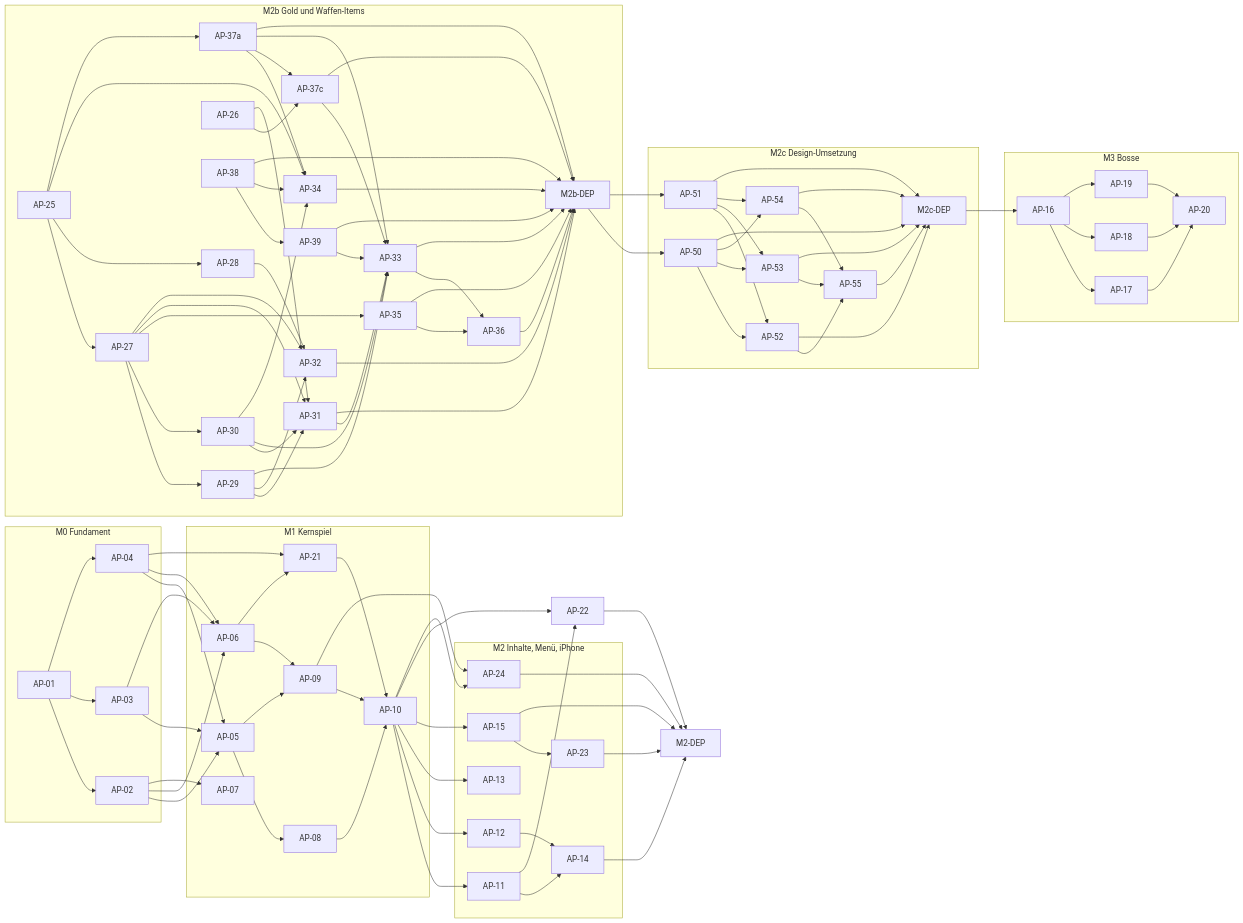
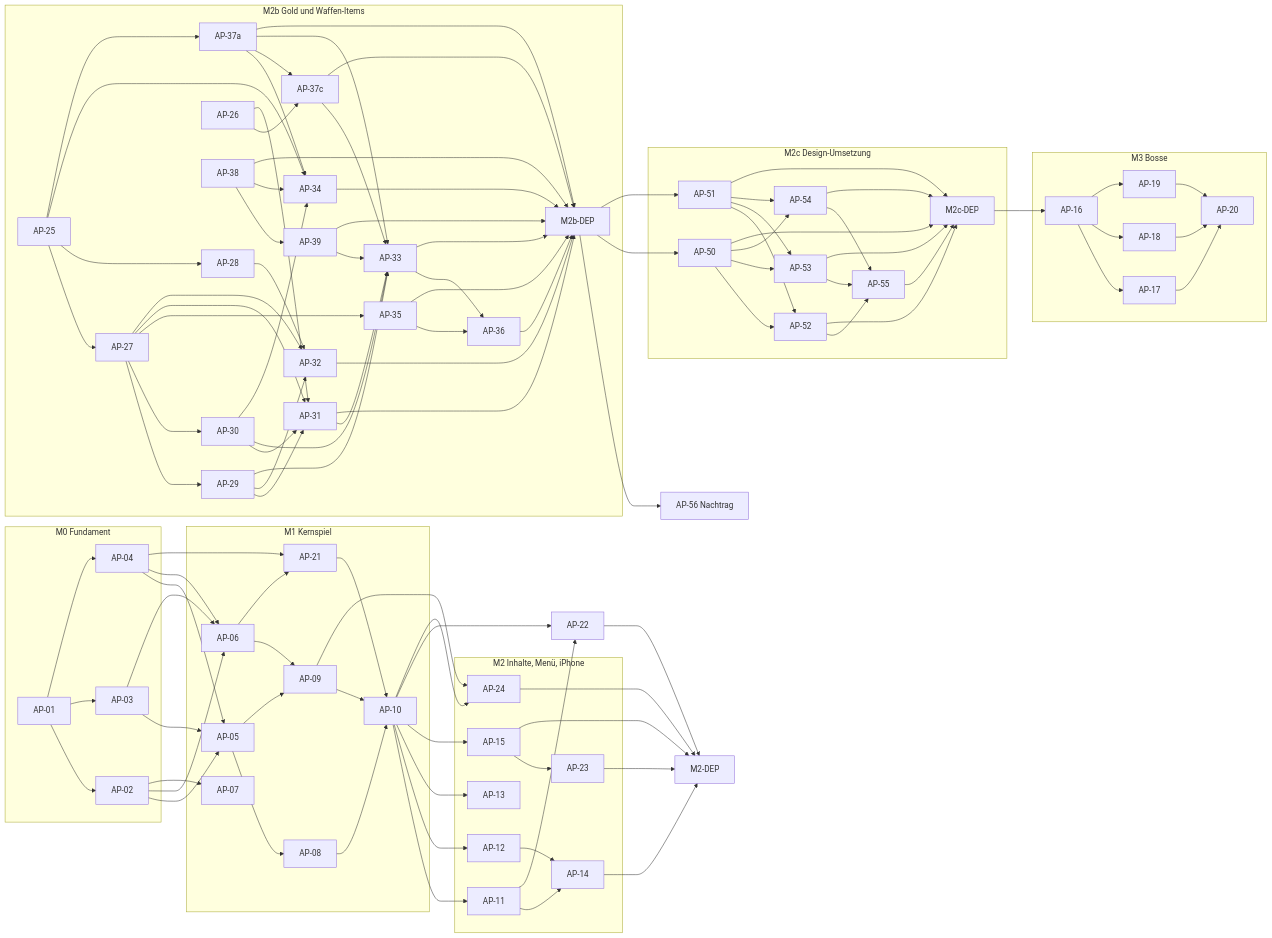
Before and after one commit to CemDCoding/360shooter: the third of 3 diagrams in docs/masterBuildPlan.md, drawn with Mermaid. The commit also changed other lines of this file, not shown here.

````diff
--- a/docs/masterBuildPlan.md
+++ b/docs/masterBuildPlan.md
@@ -763,55 +769,55 @@
 ```mermaid
 flowchart LR
   subgraph M0["M0 Fundament"]
     AP01["AP-01"] --> AP02["AP-02"] & AP03["AP-03"] & AP04["AP-04"]
   end
   subgraph M1["M1 Kernspiel"]
     AP05["AP-05"] --> AP08["AP-08"] & AP09["AP-09"]
     AP06["AP-06"] --> AP09
     AP08 & AP09 & AP21 --> AP10["AP-10"]
     AP07["AP-07"]
     AP21["AP-21"]
   end
   subgraph M2["M2 Inhalte, Menü, iPhone"]
     AP11["AP-11"] --> AP14["AP-14"]
     AP12["AP-12"] --> AP14
     AP13["AP-13"]
     AP15["AP-15"] --> AP23["AP-23"]
     AP24["AP-24"]
   end
   subgraph M2b["M2b Gold und Waffen-Items"]
     AP25["AP-25"] --> AP27["AP-27"] & AP28["AP-28"] & AP34["AP-34"] & AP37a["AP-37a"]
     AP26["AP-26"] --> AP37c["AP-37c"]
     AP38["AP-38"] --> AP39["AP-39"] & AP34["AP-34"]
     AP39 --> AP33["AP-33"]
     AP37a["AP-37a"] --> AP34 & AP37c & AP33
     AP37c --> AP33
     AP27 --> AP29["AP-29"] & AP30["AP-30"] & AP35["AP-35"] & AP31["AP-31"] & AP32["AP-32"]
     AP28 --> AP32
     AP29 --> AP31 & AP32 & AP33["AP-33"]
     AP30 --> AP31 & AP33 & AP34
     AP26 --> AP31
     AP31 --> AP33
     AP33 & AP35 --> AP36["AP-36"]
     AP31 & AP32 & AP33 & AP34 & AP35 & AP36 & AP37a & AP37c & AP38 & AP39 --> M2bDEP["M2b-DEP"]
   end
   subgraph M2c["M2c Design-Umsetzung"]
     AP50["AP-50"] --> AP52["AP-52"] & AP53["AP-53"] & AP54["AP-54"]
     AP51["AP-51"] --> AP52 & AP53 & AP54
     AP52 & AP53 & AP54 --> AP55["AP-55"]
     AP50 & AP51 & AP52 & AP53 & AP54 & AP55 --> M2cDEP["M2c-DEP"]
   end
   subgraph M3["M3 Bosse"]
     AP16["AP-16"] --> AP17["AP-17"] & AP18["AP-18"] & AP19["AP-19"]
     AP17 & AP18 & AP19 --> AP20["AP-20"]
   end
   AP02 & AP03 & AP04 --> AP05 & AP06
   AP02 --> AP07
   AP04 & AP06 --> AP21
   AP10 --> AP11 & AP12 & AP13 & AP15
-  M2bDEP --> AP50 & AP51
+  M2bDEP --> AP56["AP-56 Nachtrag"] & AP50 & AP51
   M2cDEP --> AP16
   AP10 & AP11 --> AP22["AP-22"]
   AP09 & AP10 --> AP24
   AP14 & AP15 & AP22 & AP23 & AP24 --> M2DEP["M2-DEP"]
 ```
````
